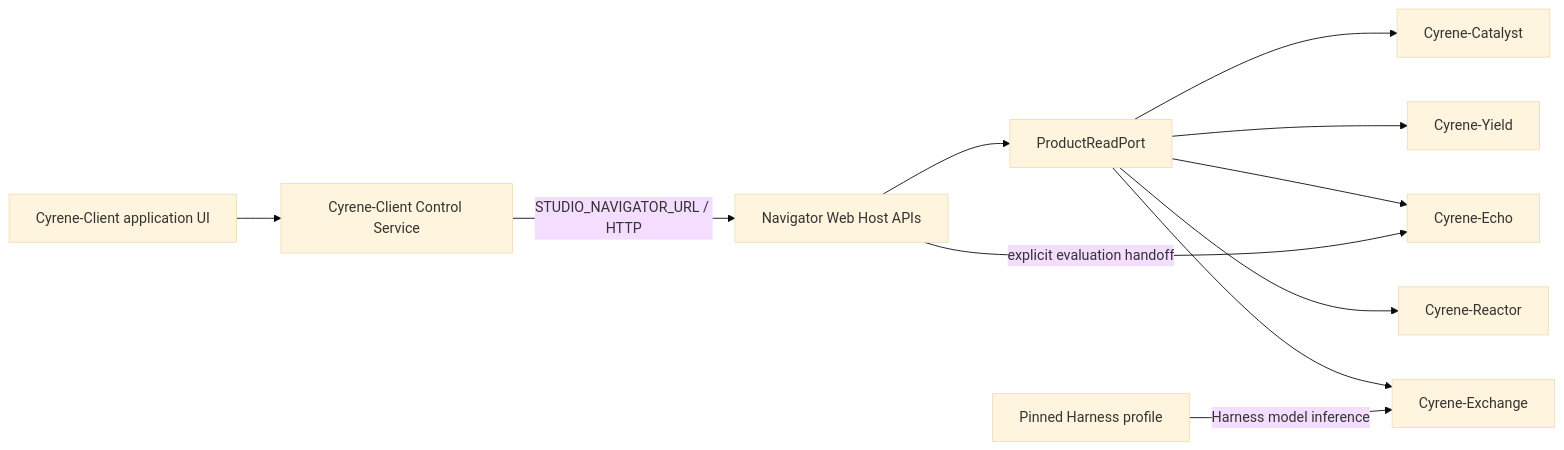
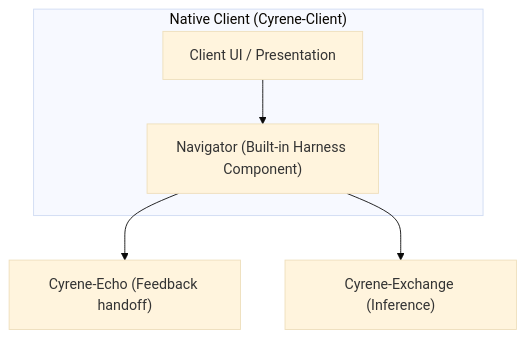
The diagram in docs/API.md (DoHorizon-AI/Cyrene-Navigator), drawn with Mermaid (base theme) before and after one commit. The commit also changed other lines of this file and 27 other files, not shown here.

Commit message:
chore(navigator): align product definition to headless harness and clean installer leftovers

````diff
--- a/docs/API.md
+++ b/docs/API.md
@@ -9,14 +9,8 @@
 ```mermaid
-flowchart LR
-    Client["Cyrene-Client application UI"] --> Control["Cyrene-Client Control Service"]
-    Control -->|STUDIO_NAVIGATOR_URL / HTTP| WebHost["Navigator Web Host APIs"]
-    WebHost --> Read["ProductReadPort"]
-    Read --> Catalyst["Cyrene-Catalyst"]
-    Read --> Yield["Cyrene-Yield"]
-    Read --> Echo["Cyrene-Echo"]
-    Read --> Reactor["Cyrene-Reactor"]
-    Read --> Exchange["Cyrene-Exchange"]
-    HarnessRuntime["Pinned Harness profile"]
-    HarnessRuntime -->|Harness model inference| Exchange
-    WebHost -->|explicit evaluation handoff| Echo
+flowchart TD
+    subgraph Client["Native Client (Cyrene-Client)"]
+        UI["Client UI / Presentation"] --> Navigator["Navigator (Built-in Harness Component)"]
+    end
+    Navigator --> Echo["Cyrene-Echo (Feedback handoff)"]
+    Navigator --> Exchange["Cyrene-Exchange (Inference)"]
 ```
````
